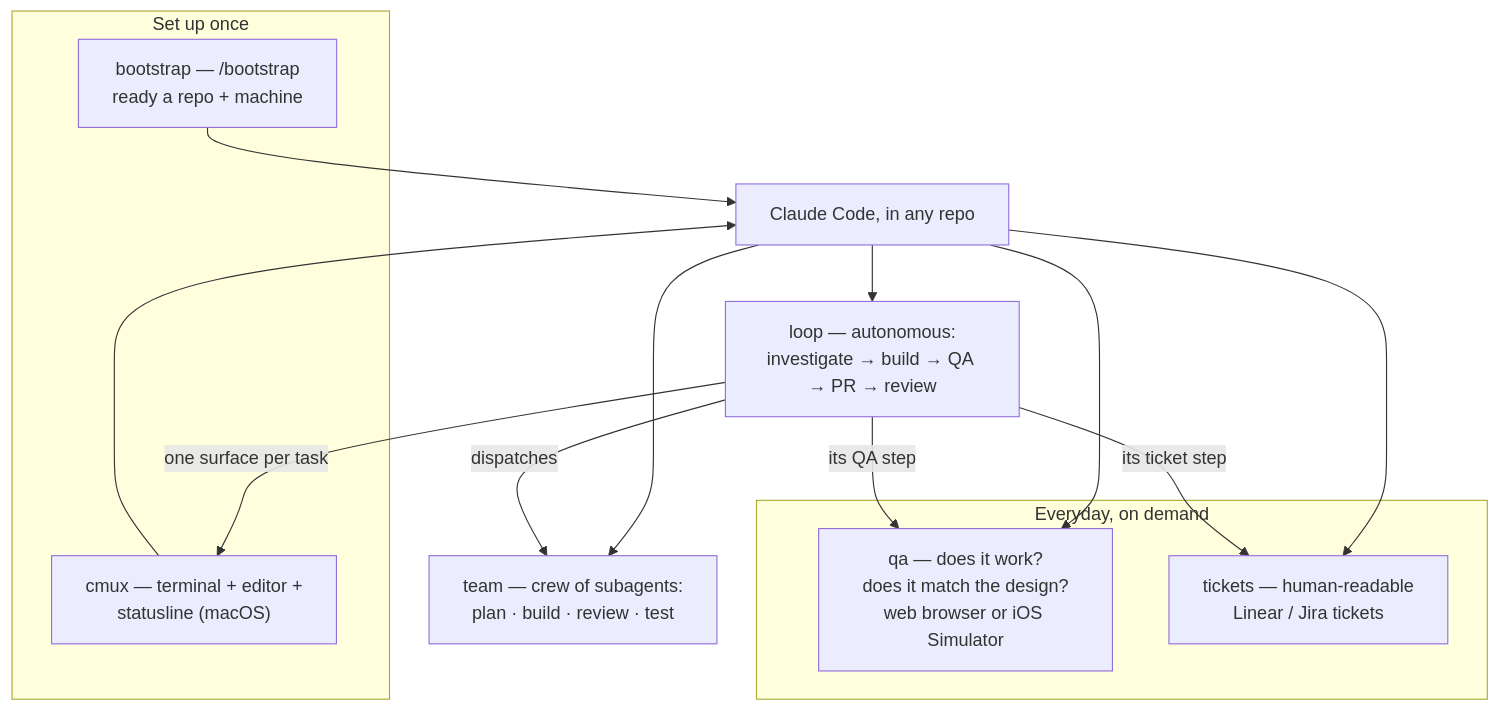
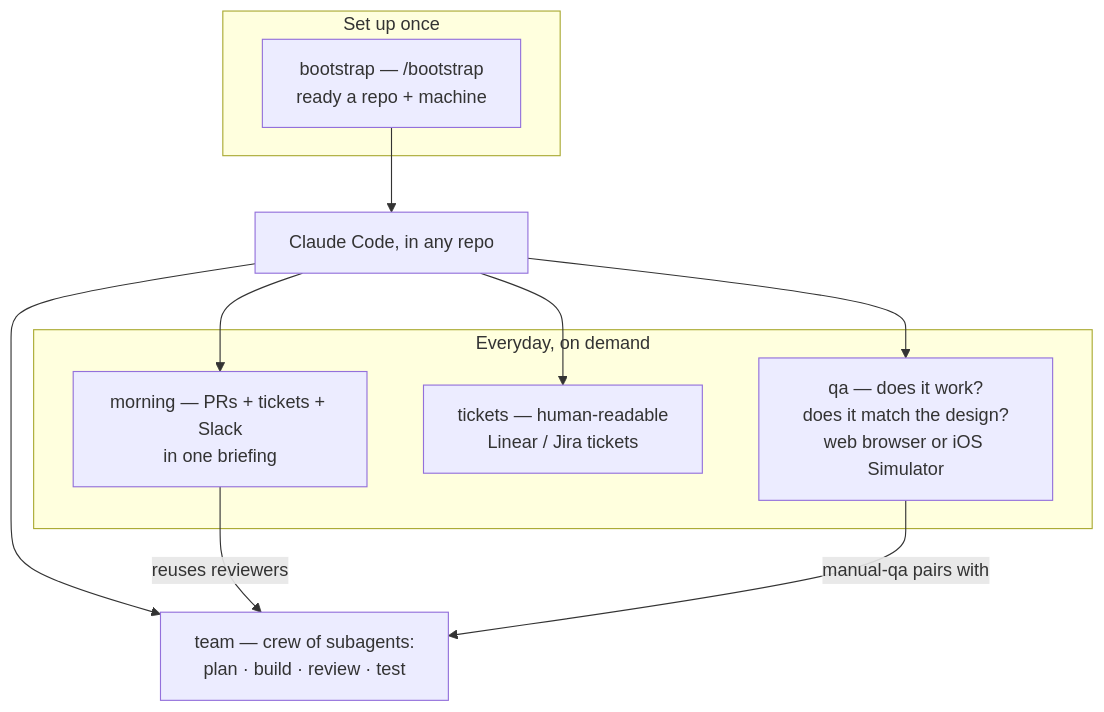
Before and after one commit to unisol1020/ai-tools: the diagram in README.md, drawn with Mermaid. The commit also changed other lines of this file and 36 other files, not shown here.

````diff
--- a/README.md
+++ b/README.md
@@ -9,24 +9,20 @@
 ```mermaid
 flowchart TD
   subgraph setup["Set up once"]
     BOOT["bootstrap — /bootstrap<br/>ready a repo + machine"]
-    CMUX["cmux — terminal + editor +<br/>statusline (macOS)"]
   end
   CC["Claude Code, in any repo"]
   subgraph daily["Everyday, on demand"]
     QA["qa — does it work?<br/>does it match the design?<br/>web browser or iOS Simulator"]
     TIX["tickets — human-readable<br/>Linear / Jira tickets"]
+    MORN["morning — PRs + tickets + Slack<br/>in one briefing"]
   end
   TEAM["team — crew of subagents:<br/>plan · build · review · test"]
-  LOOP["loop — autonomous:<br/>investigate → build → QA → PR → review"]
   BOOT --> CC
-  CMUX --> CC
   CC --> QA
   CC --> TIX
+  CC --> MORN
   CC --> TEAM
-  CC --> LOOP
-  LOOP -->|its QA step| QA
-  LOOP -->|its ticket step| TIX
-  LOOP -->|dispatches| TEAM
-  LOOP -->|one surface per task| CMUX
+  MORN -->|reuses reviewers| TEAM
+  QA -->|manual-qa pairs with| TEAM
 ```
````
